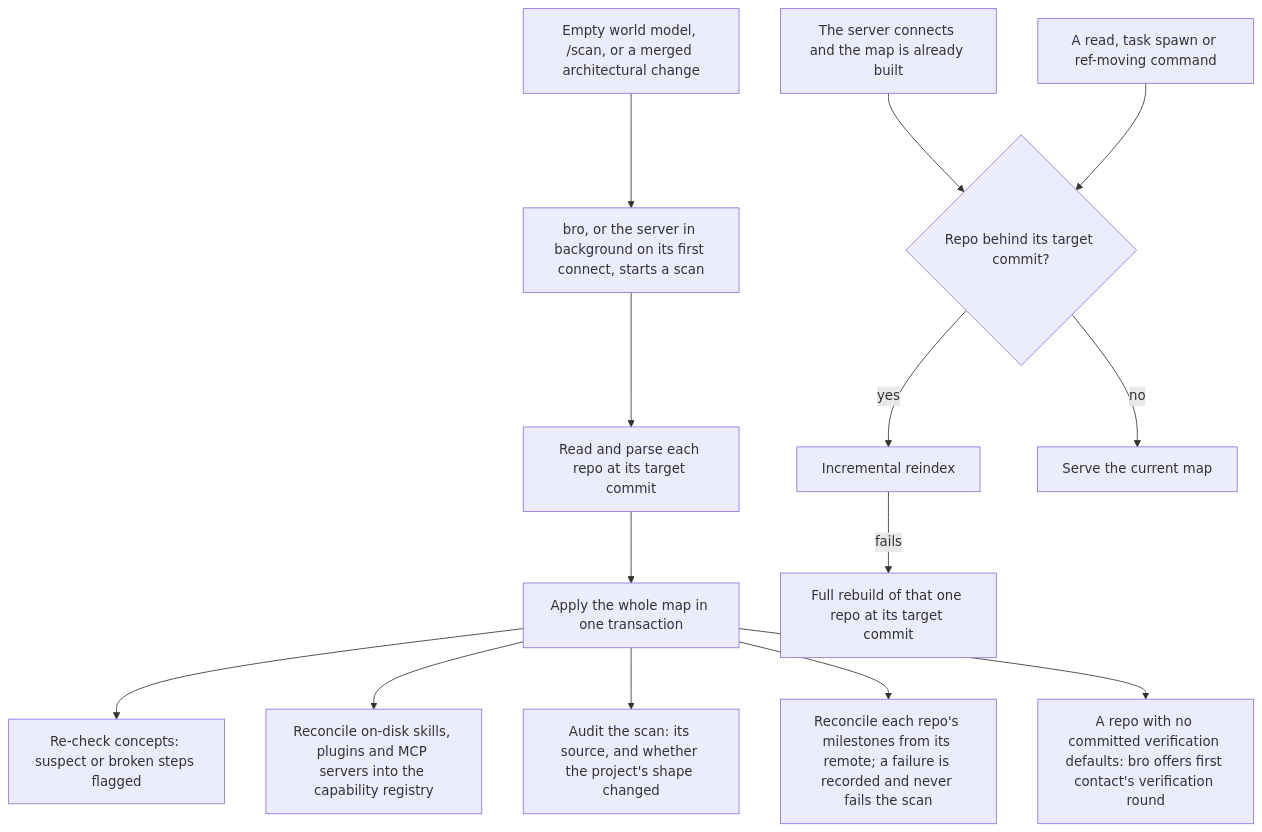
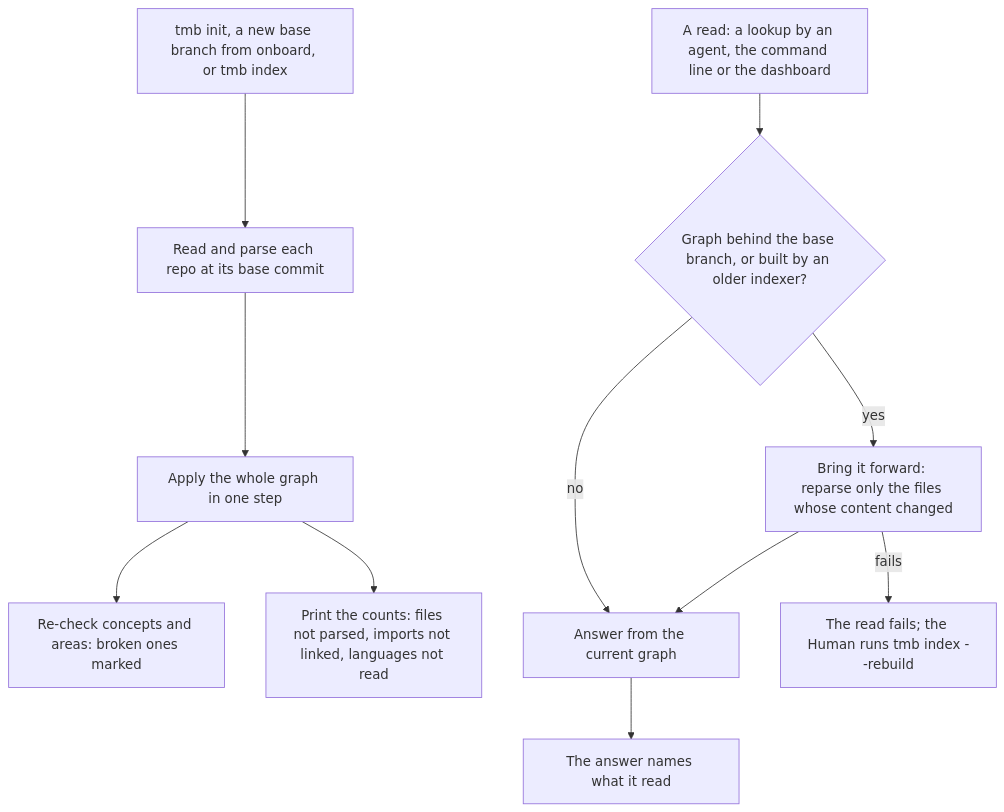
Before and after one commit to trustmybot/tmb: the first of 6 diagrams in docs/architecture/WORLD_MODEL.md, drawn with Mermaid. The commit also changed other lines of this file and 38 other files, not shown here.

````diff
--- a/docs/architecture/WORLD_MODEL.md
+++ b/docs/architecture/WORLD_MODEL.md
@@ -40,16 +53,13 @@
 ```mermaid
 flowchart TD
-    A[Empty world model, /scan, or a merged architectural change] --> B[bro, or the server in background on its first connect, starts a scan]
-    A2[The server connects and the map is already built] --> I
-    B --> C[Read and parse each repo at its target commit]
-    C --> D[Apply the whole map in one transaction]
-    D --> E[Re-check concepts: suspect or broken steps flagged]
-    D --> F[Reconcile on-disk skills, plugins and MCP servers into the capability registry]
-    D --> G[Audit the scan: its source, and whether the project's shape changed]
-    D --> M[Reconcile each repo's milestones from its remote; a failure is recorded and never fails the scan]
-    D --> N[A repo with no committed verification defaults: bro offers first contact's verification round]
-    H[A read, task spawn or ref-moving command] --> I{Repo behind its target commit?}
-    I -- yes --> J[Incremental reindex]
-    J -- fails --> L[Full rebuild of that one repo at its target commit]
-    I -- no --> K[Serve the current map]
+    A["tmb init, a new base branch from onboard, or tmb index"] --> B[Read and parse each repo at its base commit]
+    B --> C[Apply the whole graph in one step]
+    C --> D["Re-check concepts and areas: broken ones marked"]
+    C --> P["Print the counts: files not parsed, imports not linked, languages not read"]
+    E["A read: a lookup by an agent, the command line or the dashboard"] --> F{"Graph behind the base branch, or built by an older indexer?"}
+    F -- yes --> G["Bring it forward: reparse only the files whose content changed"]
+    F -- no --> H[Answer from the current graph]
+    G --> H
+    H --> N[The answer names what it read]
+    G -- fails --> X["The read fails; the Human runs tmb index --rebuild"]
 ```
````
